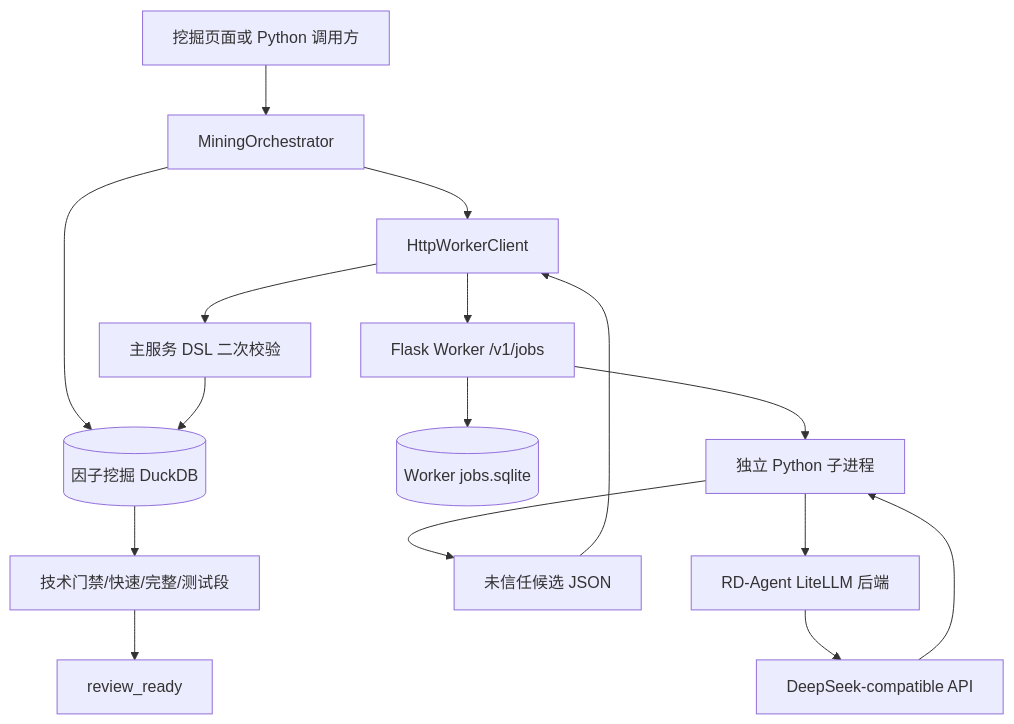
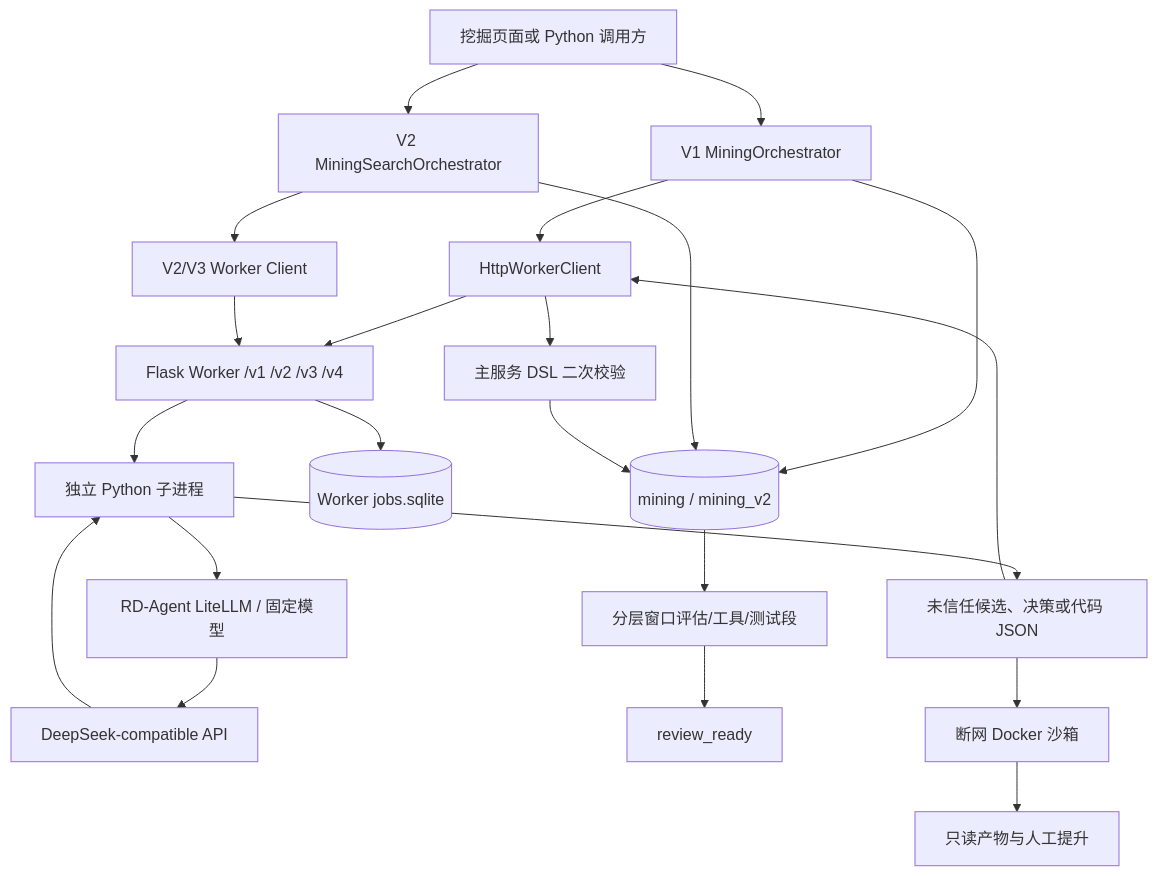
One commit to rowerman/quant-all changed the diagram in docs/project-guide/06-agent-orchestration.md. Above: the diagram before and after it, drawn with Mermaid. The commit also changed other lines of this file and 18 other files, not shown here.

Commit message:
docs(mining): record V136 roadmap and documentation sync

````diff
--- a/docs/project-guide/06-agent-orchestration.md
+++ b/docs/project-guide/06-agent-orchestration.md
@@ -36,18 +39,24 @@
 ```mermaid
 flowchart TD
-  UI[挖掘页面或 Python 调用方] --> ORCH[MiningOrchestrator]
-  ORCH --> STORE[(因子挖掘 DuckDB)]
-  ORCH --> CLIENT[HttpWorkerClient]
-  CLIENT --> HTTP[Flask Worker /v1/jobs]
+  UI[挖掘页面或 Python 调用方] --> V1[V1 MiningOrchestrator]
+  UI --> V2[V2 MiningSearchOrchestrator]
+  V1 --> STORE[(mining / mining_v2)]
+  V2 --> STORE
+  V1 --> CLIENT[HttpWorkerClient]
+  V2 --> V3CLIENT[V2/V3 Worker Client]
+  CLIENT --> HTTP[Flask Worker /v1 /v2 /v3 /v4]
+  V3CLIENT --> HTTP
   HTTP --> JOBS[(Worker jobs.sqlite)]
   HTTP --> PROC[独立 Python 子进程]
-  PROC --> RD[RD-Agent LiteLLM 后端]
+  PROC --> RD[RD-Agent LiteLLM / 固定模型]
   RD --> LLM[DeepSeek-compatible API]
   LLM --> PROC
-  PROC --> DRAFT[未信任候选 JSON]
+  PROC --> DRAFT[未信任候选、决策或代码 JSON]
   DRAFT --> CLIENT
   CLIENT --> VALIDATE[主服务 DSL 二次校验]
   VALIDATE --> STORE
-  STORE --> EVAL[技术门禁/快速/完整/测试段]
+  STORE --> EVAL[分层窗口评估/工具/测试段]
   EVAL --> REVIEW[review_ready]
+  DRAFT --> SANDBOX[断网 Docker 沙箱]
+  SANDBOX --> ARTIFACT[只读产物与人工提升]
 ```
````
